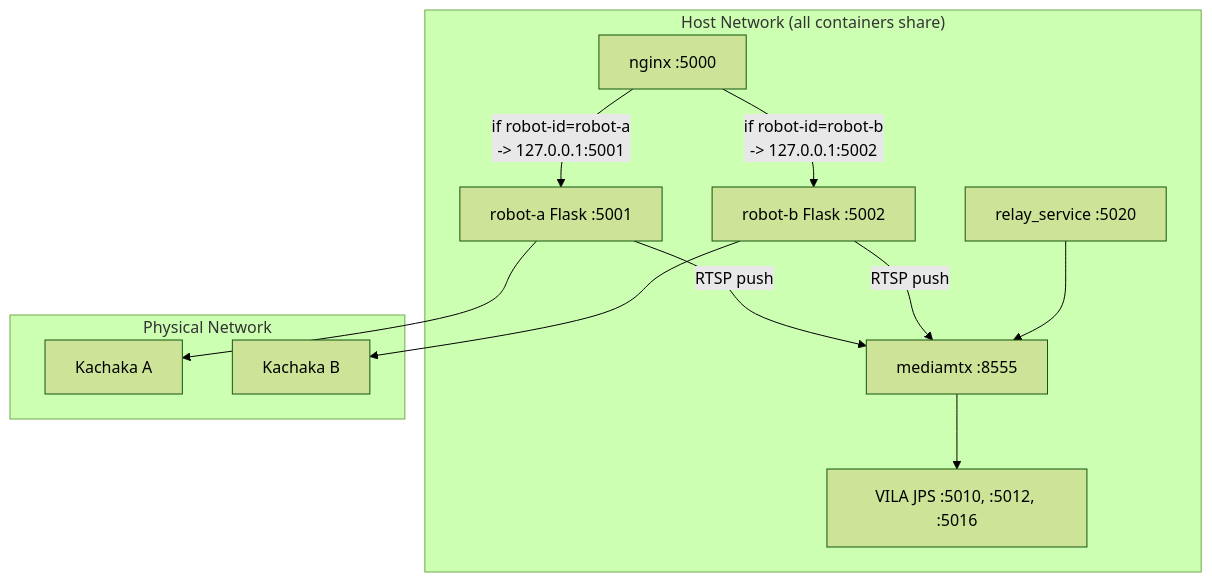
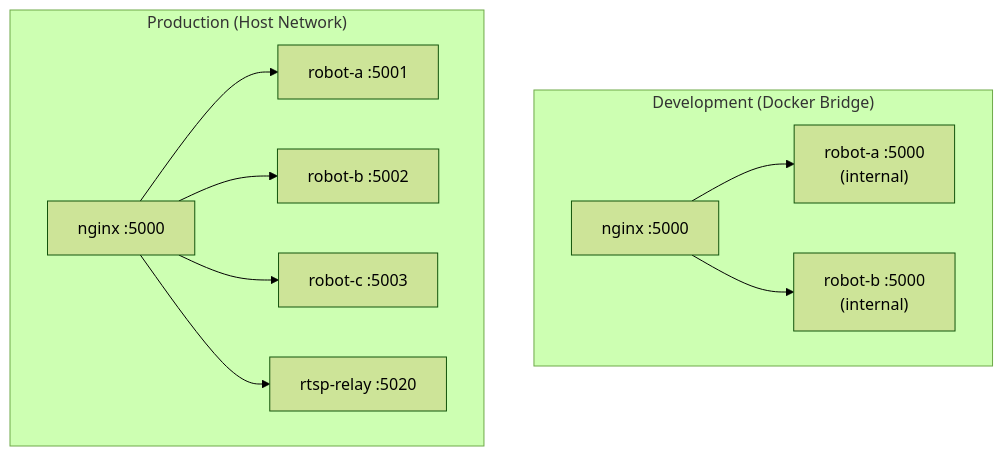
Before and after one commit to sigmarobotics/visual-patrol: the sixth of 6 diagrams in docs/architecture.md, drawn with Mermaid (forest theme). The commit also changed other lines of this file and 2 other files, not shown here.

First line of the commit message:
docs: rewrite README and architecture docs with Mermaid diagrams

````diff
--- a/docs/architecture.md
+++ b/docs/architecture.md
@@ -537,25 +261,14 @@
 ```mermaid
-graph TD
-    subgraph "Host Network (all containers share)"
-        NGINX["nginx :5000"]
-        RA["robot-a Flask :5001"]
-        RB["robot-b Flask :5002"]
-        MTX["mediamtx :8555"]
-        JPS["VILA JPS :5010, :5012, :5016"]
-        RELAY["relay_service :5020"]
+graph TB
+    subgraph Dev["Development (Docker Bridge)"]
+        DN["nginx :5000"] --> DA["robot-a :5000<br/>(internal)"]
+        DN --> DB2["robot-b :5000<br/>(internal)"]
     end
 
-    subgraph "Physical Network"
-        KA["Kachaka A"]
-        KB["Kachaka B"]
+    subgraph Prod["Production (Host Network)"]
+        PN["nginx :5000"] --> PA["robot-a :5001"]
+        PN --> PB["robot-b :5002"]
+        PN --> PC["robot-c :5003"]
+        PN --> PR["rtsp-relay :5020"]
     end
-
-    NGINX -- "if robot-id=robot-a<br/>-> 127.0.0.1:5001" --> RA
-    NGINX -- "if robot-id=robot-b<br/>-> 127.0.0.1:5002" --> RB
-    RA --> KA
-    RB --> KB
-    RA -- "RTSP push" --> MTX
-    RB -- "RTSP push" --> MTX
-    MTX --> JPS
-    RELAY --> MTX
 ```
````
